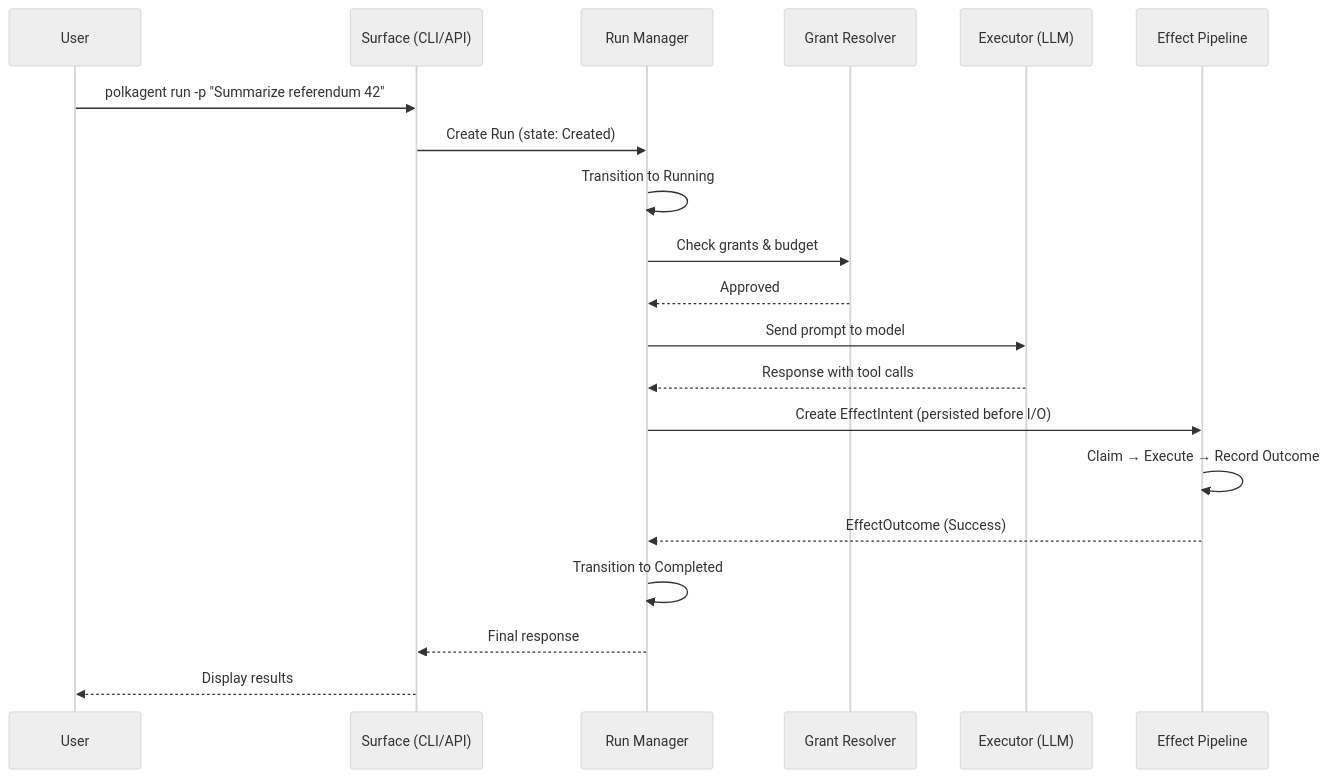
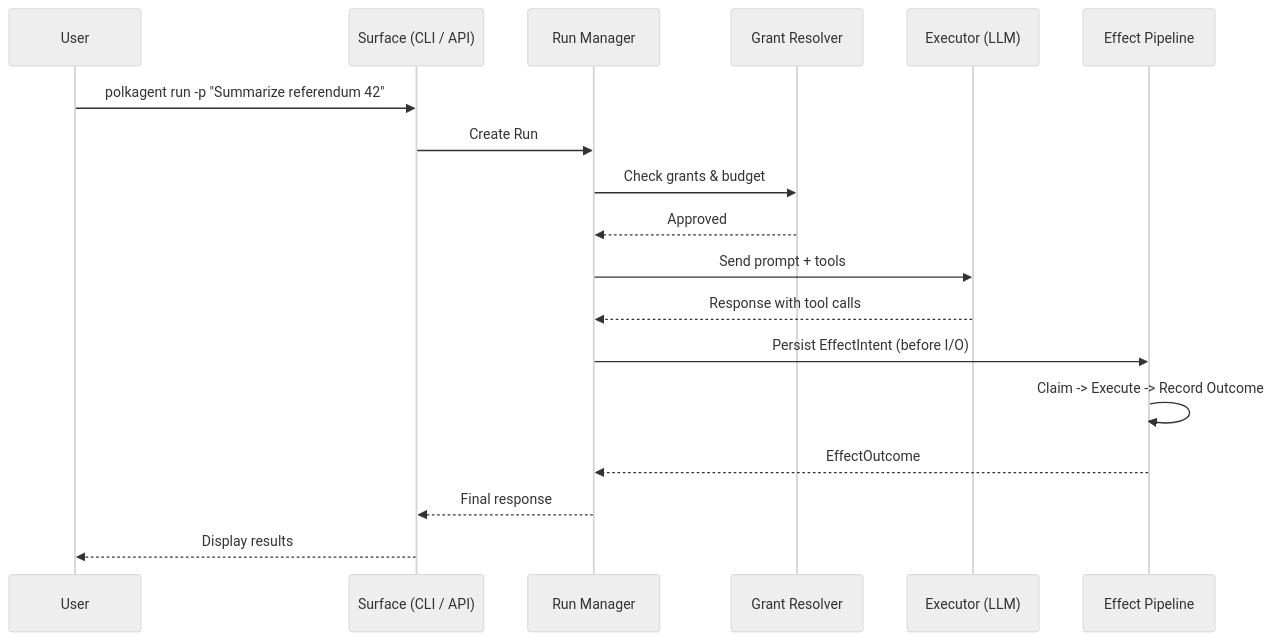
One commit to wpank/polkagent changed the second of 2 diagrams in README.md. Above: the diagram before and after it, drawn with Mermaid (neutral theme). The commit also changed other lines of this file, not shown here.

````diff
--- a/README.md
+++ b/README.md
@@ -242,23 +443,21 @@
 ```mermaid
 sequenceDiagram
     participant U as User
-    participant S as Surface (CLI/API)
+    participant S as Surface (CLI / API)
     participant R as Run Manager
     participant G as Grant Resolver
     participant E as Executor (LLM)
     participant P as Effect Pipeline
 
     U->>S: polkagent run -p "Summarize referendum 42"
-    S->>R: Create Run (state: Created)
-    R->>R: Transition to Running
+    S->>R: Create Run
     R->>G: Check grants & budget
     G-->>R: Approved
-    R->>E: Send prompt to model
+    R->>E: Send prompt + tools
     E-->>R: Response with tool calls
-    R->>P: Create EffectIntent (persisted before I/O)
-    P->>P: Claim → Execute → Record Outcome
-    P-->>R: EffectOutcome (Success)
-    R->>R: Transition to Completed
+    R->>P: Persist EffectIntent (before I/O)
+    P->>P: Claim -> Execute -> Record Outcome
+    P-->>R: EffectOutcome
     R-->>S: Final response
     S-->>U: Display results
 ```
````
